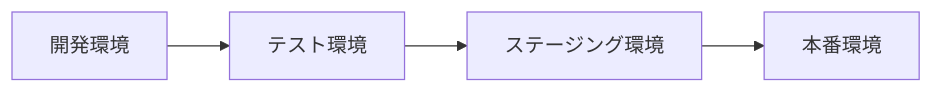
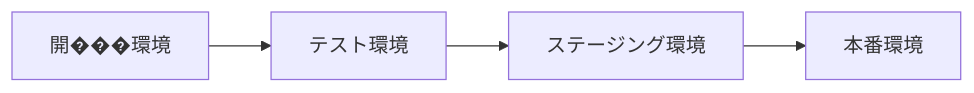
The third of 4 diagrams in doc/basic-design/infrastructure.md (yorkdick/gira), drawn with Mermaid before and after one commit. The commit also changed other lines of this file and 3 other files, not shown here.

````diff
--- a/doc/basic-design/infrastructure.md
+++ b/doc/basic-design/infrastructure.md
@@ -98,6 +126,6 @@
 ```mermaid
 graph LR
-    Dev[開発環境] --> Test[テスト環境]
+    Dev[開���環境] --> Test[テスト環境]
     Test --> Staging[ステージング環境]
     Staging --> Prod[本番環境]
 ```
````
